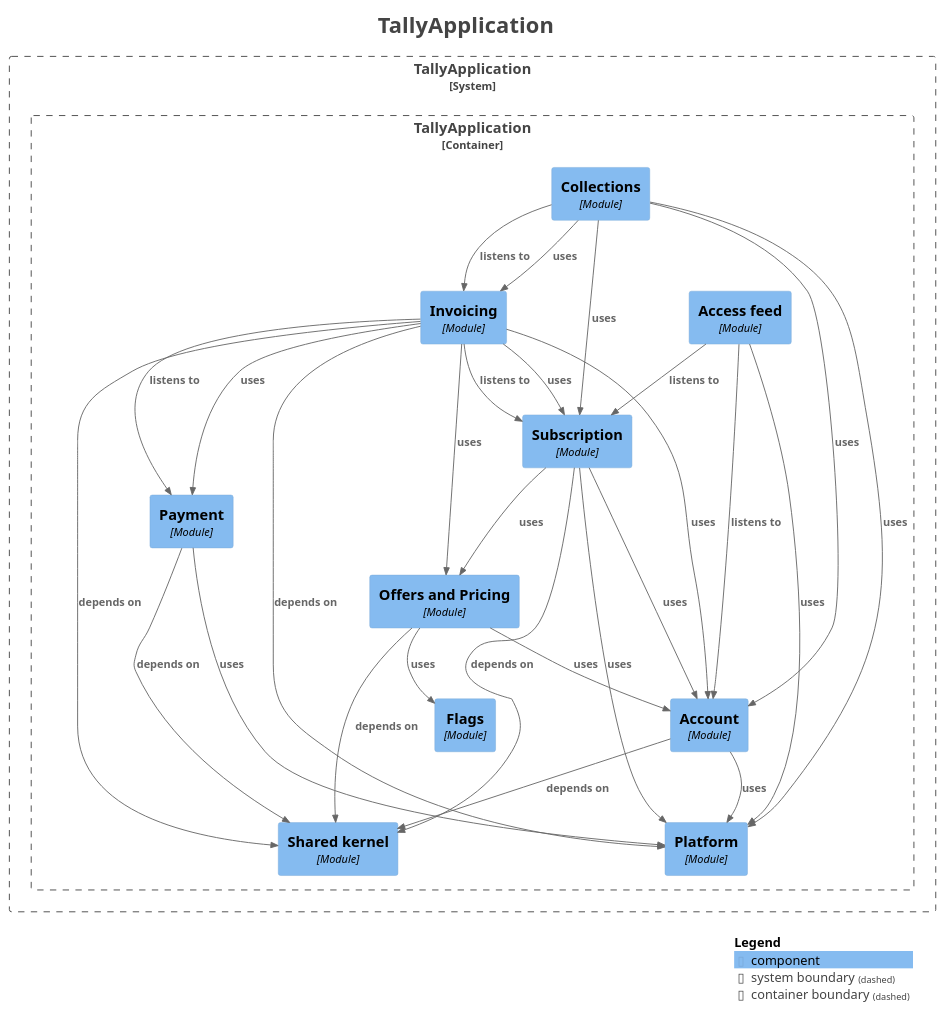
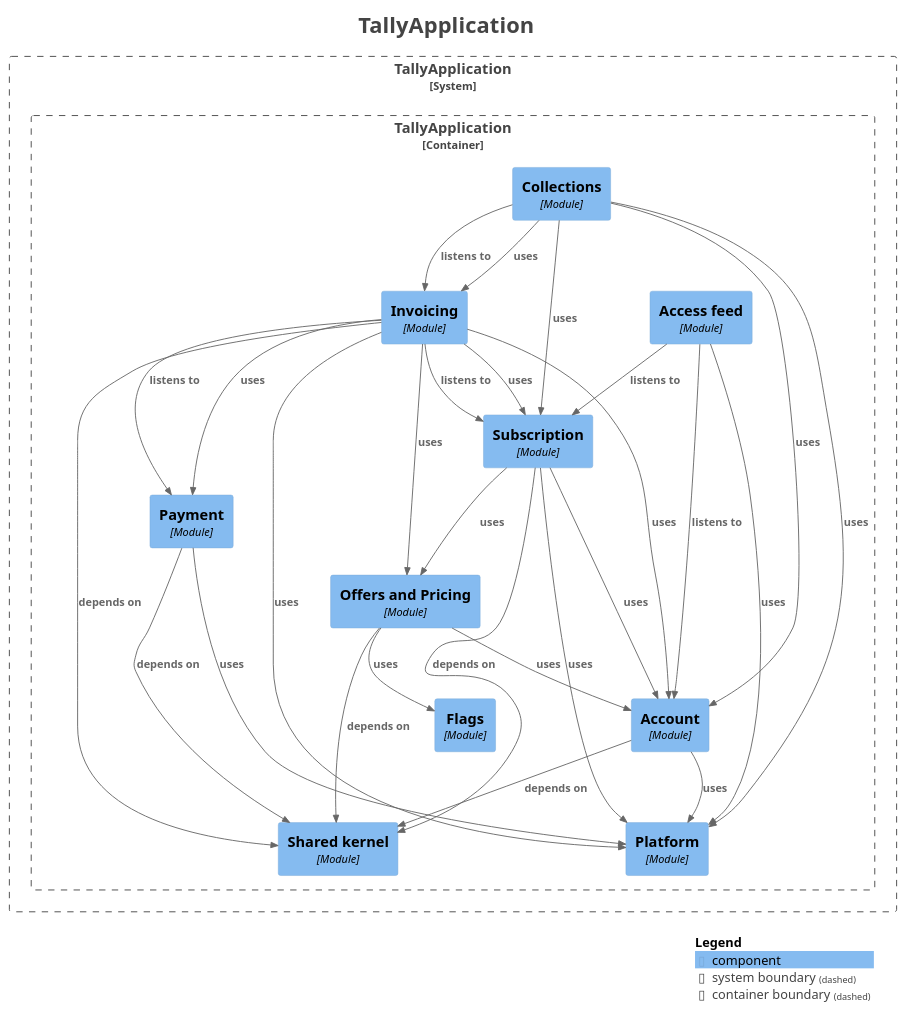
Before and after one commit to waleedarafa/tally: the diagram in docs/architecture/v2/components.puml, drawn with PlantUML. The commit also changed 5 other files, not shown here.

```diff
--- a/docs/architecture/v2/components.puml
+++ b/docs/architecture/v2/components.puml
@@ -1,64 +1,64 @@
 @startuml
 title <size:24>TallyApplication</size>
 
 set separator none
 top to bottom direction
 
 <style>
   root {
     BackgroundColor: #ffffff
     FontColor: #444444
   }
 </style>
 
 !include <C4/C4>
 !include <C4/C4_Context>
 !include <C4/C4_Component>
 
 System_Boundary("TallyApplication_boundary", "TallyApplication", $tags="") {
   Container_Boundary("TallyApplication.TallyApplication_boundary", "TallyApplication", $tags="") {
     Component(TallyApplication.TallyApplication.Accessfeed, "Access feed", $techn="Module", $descr="", $tags="", $link="")
     Component(TallyApplication.TallyApplication.Account, "Account", $techn="Module", $descr="", $tags="", $link="")
     Component(TallyApplication.TallyApplication.Collections, "Collections", $techn="Module", $descr="", $tags="", $link="")
     Component(TallyApplication.TallyApplication.Flags, "Flags", $techn="Module", $descr="", $tags="", $link="")
     Component(TallyApplication.TallyApplication.Invoicing, "Invoicing", $techn="Module", $descr="", $tags="", $link="")
     Component(TallyApplication.TallyApplication.OffersandPricing, "Offers and Pricing", $techn="Module", $descr="", $tags="", $link="")
     Component(TallyApplication.TallyApplication.Payment, "Payment", $techn="Module", $descr="", $tags="", $link="")
     Component(TallyApplication.TallyApplication.Platform, "Platform", $techn="Module", $descr="", $tags="", $link="")
     Component(TallyApplication.TallyApplication.Sharedkernel, "Shared kernel", $techn="Module", $descr="", $tags="", $link="")
     Component(TallyApplication.TallyApplication.Subscription, "Subscription", $techn="Module", $descr="", $tags="", $link="")
   }
 
 }
 
 Rel(TallyApplication.TallyApplication.Accessfeed, TallyApplication.TallyApplication.Account, "listens to", $techn="", $tags="", $link="")
 Rel(TallyApplication.TallyApplication.Accessfeed, TallyApplication.TallyApplication.Platform, "uses", $techn="", $tags="", $link="")
 Rel(TallyApplication.TallyApplication.Accessfeed, TallyApplication.TallyApplication.Subscription, "listens to", $techn="", $tags="", $link="")
 Rel(TallyApplication.TallyApplication.Account, TallyApplication.TallyApplication.Platform, "uses", $techn="", $tags="", $link="")
 Rel(TallyApplication.TallyApplication.Account, TallyApplication.TallyApplication.Sharedkernel, "depends on", $techn="", $tags="", $link="")
 Rel(TallyApplication.TallyApplication.Collections, TallyApplication.TallyApplication.Account, "uses", $techn="", $tags="", $link="")
 Rel(TallyApplication.TallyApplication.Collections, TallyApplication.TallyApplication.Invoicing, "listens to", $techn="", $tags="", $link="")
 Rel(TallyApplication.TallyApplication.Collections, TallyApplication.TallyApplication.Invoicing, "uses", $techn="", $tags="", $link="")
 Rel(TallyApplication.TallyApplication.Collections, TallyApplication.TallyApplication.Platform, "uses", $techn="", $tags="", $link="")
 Rel(TallyApplication.TallyApplication.Collections, TallyApplication.TallyApplication.Subscription, "uses", $techn="", $tags="", $link="")
 Rel(TallyApplication.TallyApplication.Invoicing, TallyApplication.TallyApplication.Account, "uses", $techn="", $tags="", $link="")
 Rel(TallyApplication.TallyApplication.Invoicing, TallyApplication.TallyApplication.OffersandPricing, "uses", $techn="", $tags="", $link="")
 Rel(TallyApplication.TallyApplication.Invoicing, TallyApplication.TallyApplication.Payment, "listens to", $techn="", $tags="", $link="")
 Rel(TallyApplication.TallyApplication.Invoicing, TallyApplication.TallyApplication.Payment, "uses", $techn="", $tags="", $link="")
-Rel(TallyApplication.TallyApplication.Invoicing, TallyApplication.TallyApplication.Platform, "depends on", $techn="", $tags="", $link="")
+Rel(TallyApplication.TallyApplication.Invoicing, TallyApplication.TallyApplication.Platform, "uses", $techn="", $tags="", $link="")
 Rel(TallyApplication.TallyApplication.Invoicing, TallyApplication.TallyApplication.Sharedkernel, "depends on", $techn="", $tags="", $link="")
 Rel(TallyApplication.TallyApplication.Invoicing, TallyApplication.TallyApplication.Subscription, "listens to", $techn="", $tags="", $link="")
 Rel(TallyApplication.TallyApplication.Invoicing, TallyApplication.TallyApplication.Subscription, "uses", $techn="", $tags="", $link="")
 Rel(TallyApplication.TallyApplication.OffersandPricing, TallyApplication.TallyApplication.Account, "uses", $techn="", $tags="", $link="")
 Rel(TallyApplication.TallyApplication.OffersandPricing, TallyApplication.TallyApplication.Flags, "uses", $techn="", $tags="", $link="")
 Rel(TallyApplication.TallyApplication.OffersandPricing, TallyApplication.TallyApplication.Sharedkernel, "depends on", $techn="", $tags="", $link="")
 Rel(TallyApplication.TallyApplication.Payment, TallyApplication.TallyApplication.Platform, "uses", $techn="", $tags="", $link="")
 Rel(TallyApplication.TallyApplication.Payment, TallyApplication.TallyApplication.Sharedkernel, "depends on", $techn="", $tags="", $link="")
 Rel(TallyApplication.TallyApplication.Subscription, TallyApplication.TallyApplication.Account, "uses", $techn="", $tags="", $link="")
 Rel(TallyApplication.TallyApplication.Subscription, TallyApplication.TallyApplication.OffersandPricing, "uses", $techn="", $tags="", $link="")
 Rel(TallyApplication.TallyApplication.Subscription, TallyApplication.TallyApplication.Platform, "uses", $techn="", $tags="", $link="")
 Rel(TallyApplication.TallyApplication.Subscription, TallyApplication.TallyApplication.Sharedkernel, "depends on", $techn="", $tags="", $link="")
 
 SHOW_LEGEND(true)
 hide stereotypes
 @enduml
```
